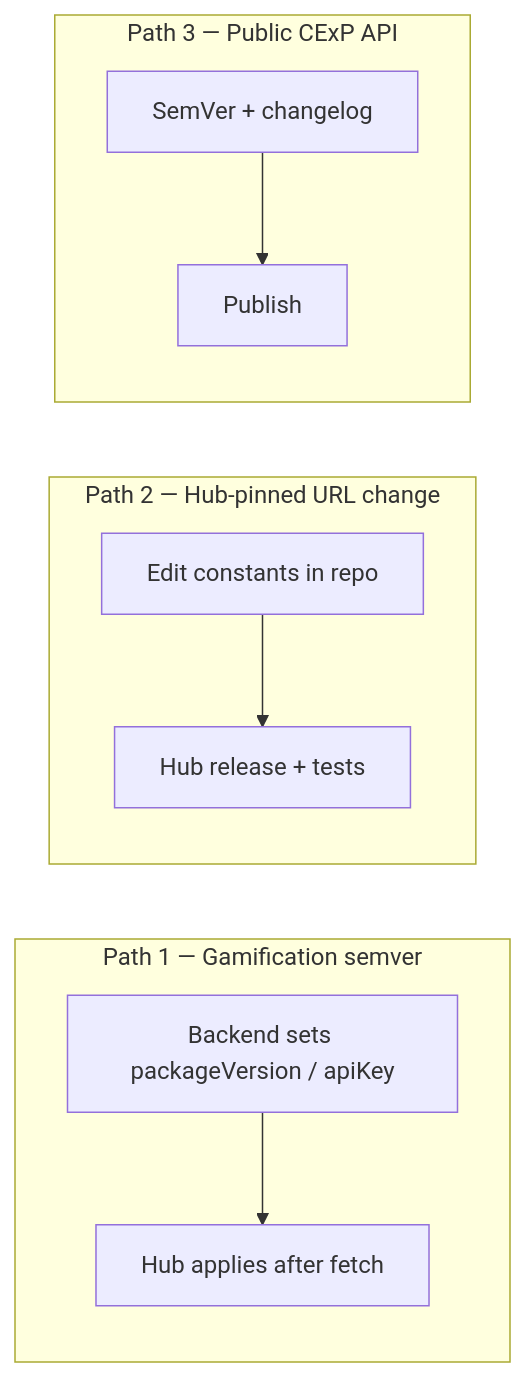
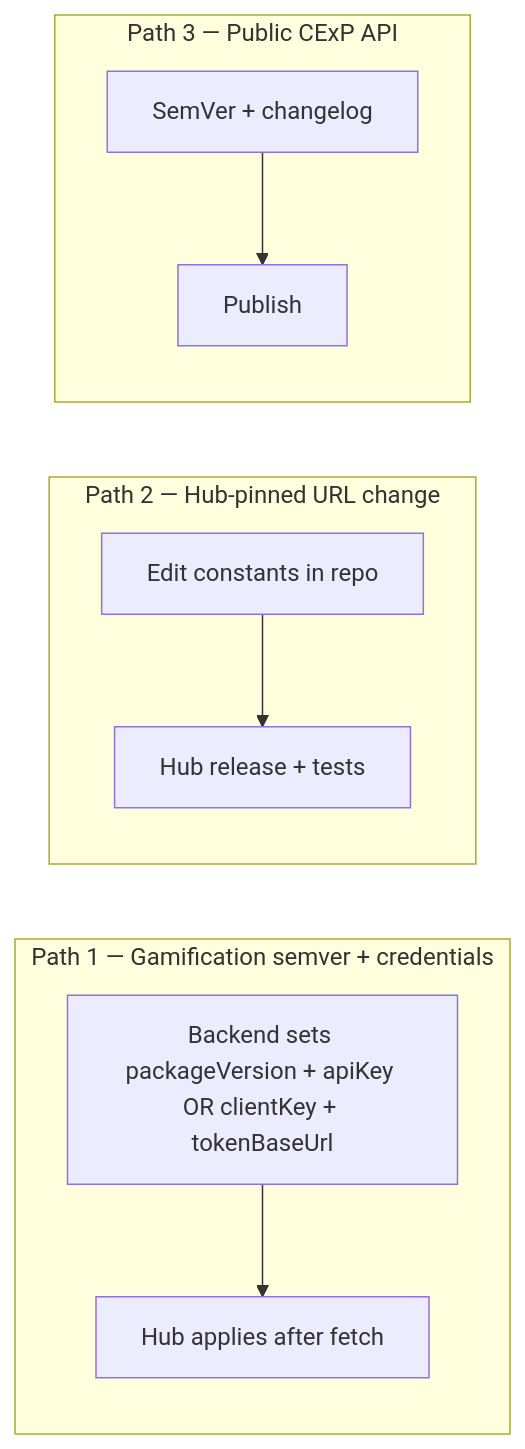
One commit to CExP-dev/cexp-hub-sdk changed the fourth of 4 diagrams in docs/superpowers/specs/2026-03-30-version-management-design.md. Above: the diagram before and after it, drawn with Mermaid. The commit also changed other lines of this file and 14 other files, not shown here.

````diff
--- a/docs/superpowers/specs/2026-03-30-version-management-design.md
+++ b/docs/superpowers/specs/2026-03-30-version-management-design.md
@@ -103,14 +103,14 @@
 ```mermaid
 flowchart LR
-  subgraph p1 [Path 1 — Gamification semver]
-    A1[Backend sets packageVersion / apiKey] --> A2[Hub applies after fetch]
+  subgraph p1 [Path 1 — Gamification semver + credentials]
+    A1[Backend sets packageVersion + apiKey OR clientKey + tokenBaseUrl] --> A2[Hub applies after fetch]
   end
 
   subgraph p2 [Path 2 — Hub-pinned URL change]
     B1[Edit constants in repo] --> B2[Hub release + tests]
   end
 
   subgraph p3 [Path 3 — Public CExP API]
     C1[SemVer + changelog] --> C2[Publish]
   end
 ```
````
